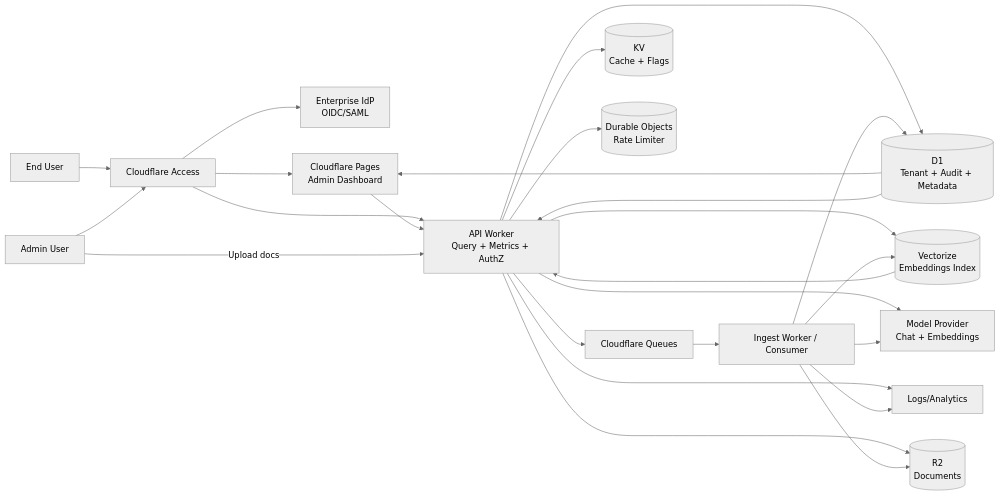
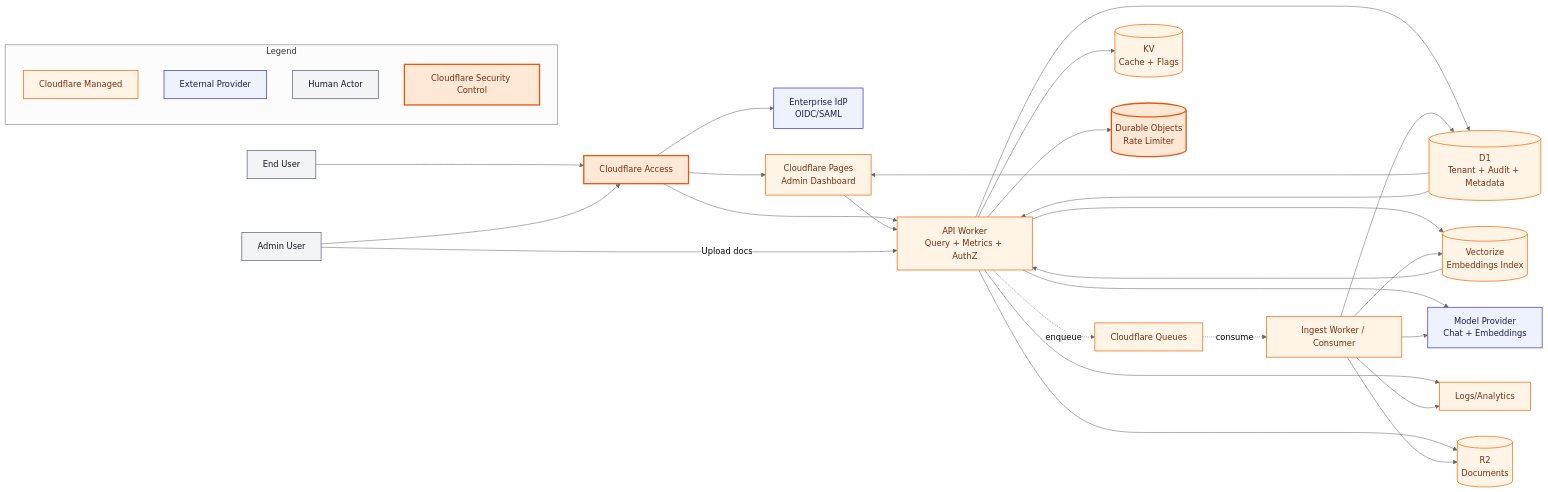
Before and after one commit to schradermade/compliance-assistant: the diagram in docs/architecture.md, drawn with Mermaid (neutral theme). The commit also changed 2 other files, not shown here.

Commit message:
docs: improve architecture diagram visual model and legend

````diff
--- a/docs/architecture.md
+++ b/docs/architecture.md
@@ -16,47 +16,68 @@
 ```mermaid
 flowchart LR
   user[End User]
   admin[Admin User]
   idp[Enterprise IdP<br/>OIDC/SAML]
   access[Cloudflare Access]
   pages[Cloudflare Pages<br/>Admin Dashboard]
   api[API Worker<br/>Query + Metrics + AuthZ]
   queue[Cloudflare Queues]
   ingest[Ingest Worker / Consumer]
   r2[(R2<br/>Documents)]
   vec[(Vectorize<br/>Embeddings Index)]
   d1[(D1<br/>Tenant + Audit + Metadata)]
   kv[(KV<br/>Cache + Flags)]
   do[(Durable Objects<br/>Rate Limiter)]
   llm[Model Provider<br/>Chat + Embeddings]
   logs[Logs/Analytics]
 
   user --> access
   admin --> access
   access --> idp
   access --> pages
   access --> api
 
   pages --> api
 
   api --> do
   api --> kv
   api --> d1
   api --> vec
   api --> llm
   api --> logs
 
   admin -->|Upload docs| api
   api --> r2
-  api --> queue
-  queue --> ingest
+  api -. enqueue .-> queue
+  queue -. consume .-> ingest
   ingest --> r2
   ingest --> llm
   ingest --> vec
   ingest --> d1
   ingest --> logs
 
   vec --> api
   d1 --> pages
   d1 --> api
+
+  subgraph legend[Legend]
+    l1[Cloudflare Managed]
+    l2[External Provider]
+    l3[Human Actor]
+    l4[Cloudflare Security Control]
+  end
+
+  classDef cf fill:#FFF4E5,stroke:#F97316,stroke-width:1.5px,color:#7C2D12;
+  classDef cfSec fill:#FFE8D6,stroke:#EA580C,stroke-width:2.5px,color:#7C2D12;
+  classDef ext fill:#EEF2FF,stroke:#4F46E5,stroke-width:1.5px,color:#1E1B4B;
+  classDef human fill:#F3F4F6,stroke:#6B7280,stroke-width:1.5px,color:#111827;
+
+  class api,pages,ingest,queue,r2,vec,d1,kv,logs cf;
+  class access,do cfSec;
+  class idp,llm ext;
+  class user,admin human;
+  class l1 cf;
+  class l2 ext;
+  class l3 human;
+  class l4 cfSec;
 ```
````
